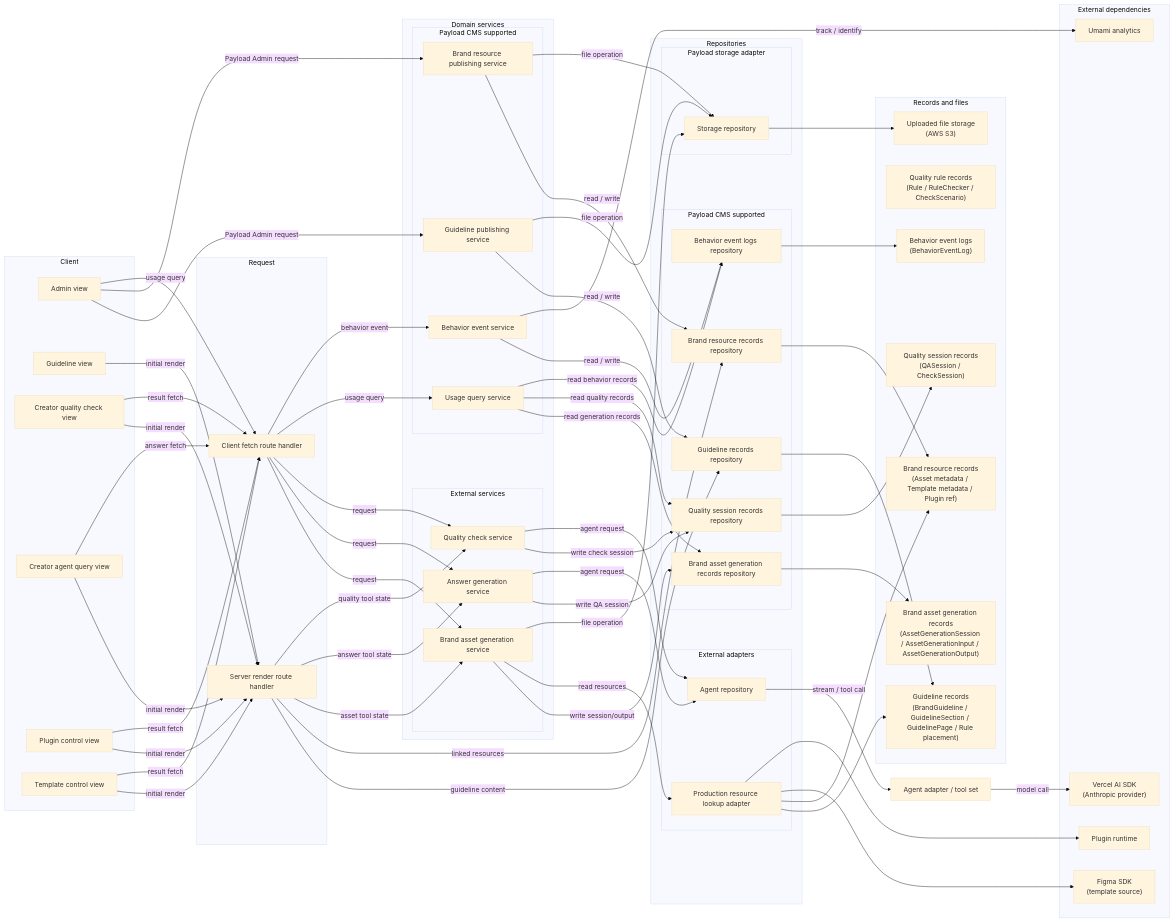
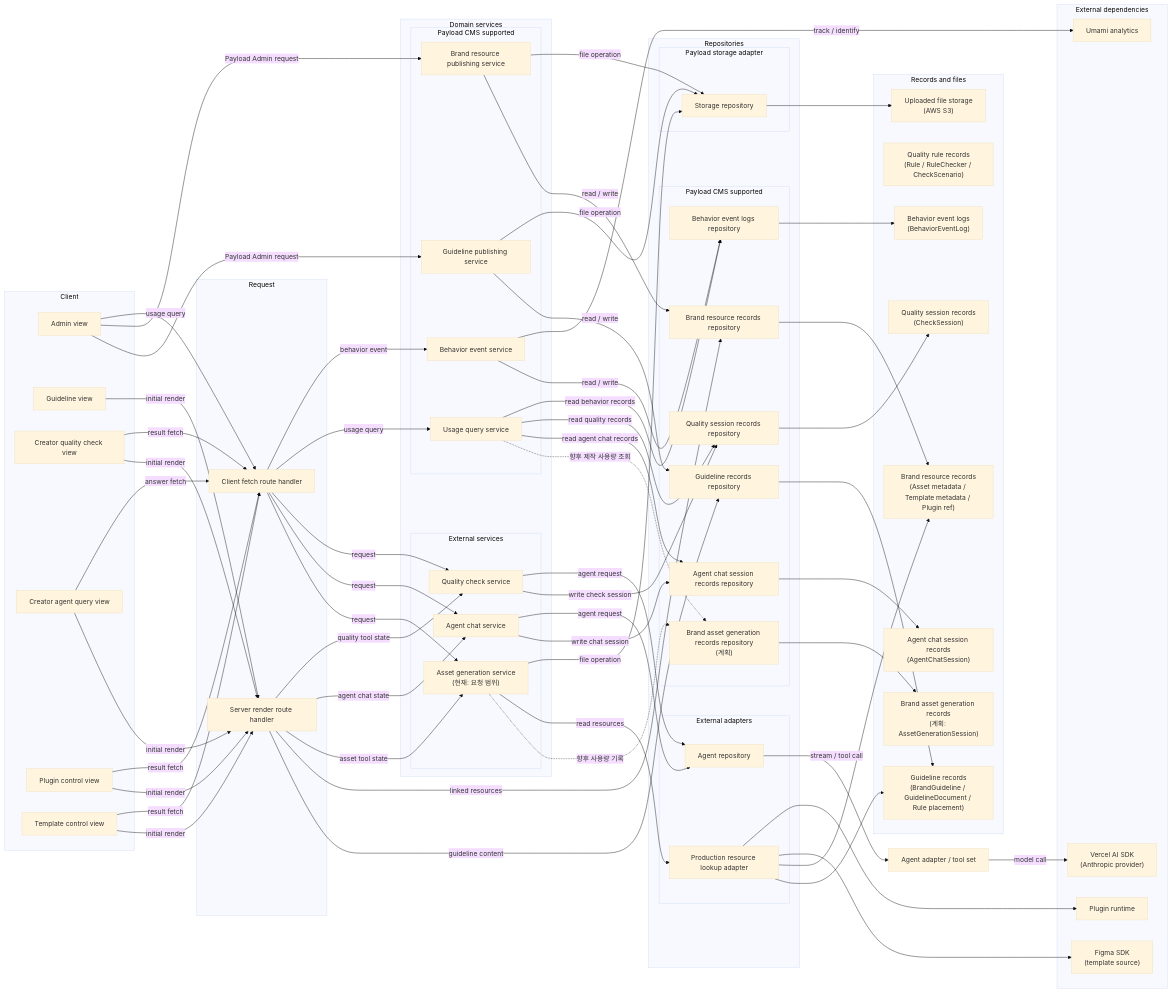
Before and after one commit to ewoooo/living-brand-system: the first of 8 diagrams in docs/05-system-architecture.md, drawn with Mermaid (base theme). The commit also changed other lines of this file and 6 other files, not shown here.

```diff
--- a/docs/05-system-architecture.md
+++ b/docs/05-system-architecture.md
@@ -126,8 +126,8 @@
     end
 
     subgraph ExternalServices["External services"]
-      BrandAssetGenerationModule["Brand asset generation service"]
-      AnswerGenerationModule["Answer generation service"]
+      BrandAssetGenerationModule["Asset generation service<br/>(현재: 요청 범위)"]
+      AgentChatModule["Agent chat service"]
       QualityModule["Quality check service"]
     end
   end
@@ -136,7 +136,8 @@
     subgraph PayloadRepositories["Payload CMS supported"]
       GuidelineRepository["Guideline records repository"]
       BrandResourceRepository["Brand resource records repository"]
-      BrandAssetGenerationRepository["Brand asset generation records repository"]
+      BrandAssetGenerationRepository["Brand asset generation records repository<br/>(계획)"]
+      AgentChatRepository["Agent chat session records repository"]
       QualityRepository["Quality session records repository"]
       BehaviorEventRepository["Behavior event logs repository"]
     end
@@ -154,11 +155,12 @@
   AgentAdapter["Agent adapter / tool set"]
 
   subgraph Storage["Records and files"]
-    GuidelineStore["Guideline records<br/>(BrandGuideline / GuidelineSection / GuidelinePage / Rule placement)"]
+    GuidelineStore["Guideline records<br/>(BrandGuideline / GuidelineDocument / Rule placement)"]
     QualityRuleStore["Quality rule records<br/>(Rule / RuleChecker / CheckScenario)"]
     BrandResourceStore["Brand resource records<br/>(Asset metadata / Template metadata / Plugin ref)"]
-    BrandAssetGenerationStore["Brand asset generation records<br/>(AssetGenerationSession / AssetGenerationInput / AssetGenerationOutput)"]
-    QualityStore["Quality session records<br/>(QASession / CheckSession)"]
+    BrandAssetGenerationStore["Brand asset generation records<br/>(계획: AssetGenerationSession)"]
+    AgentChatStore["Agent chat session records<br/>(AgentChatSession)"]
+    QualityStore["Quality session records<br/>(CheckSession)"]
     BehaviorEventStore["Behavior event logs<br/>(BehaviorEventLog)"]
     FileStorage["Uploaded file storage<br/>(AWS S3)"]
   end
@@ -186,20 +188,21 @@
   ServerRenderRouteHandler -->|"guideline content"| GuidelineRepository
   ServerRenderRouteHandler -->|"linked resources"| BrandResourceRepository
   ServerRenderRouteHandler -->|"asset tool state"| BrandAssetGenerationModule
-  ServerRenderRouteHandler -->|"answer tool state"| AnswerGenerationModule
+  ServerRenderRouteHandler -->|"agent chat state"| AgentChatModule
   ServerRenderRouteHandler -->|"quality tool state"| QualityModule
   ClientFetchRouteHandler -->|"request"| BrandAssetGenerationModule
-  ClientFetchRouteHandler -->|"request"| AnswerGenerationModule
+  ClientFetchRouteHandler -->|"request"| AgentChatModule
   ClientFetchRouteHandler -->|"request"| QualityModule
   GuidelinePublishingModule -->|"read / write"| GuidelineRepository
   BrandResourcePublishingModule -->|"read / write"| BrandResourceRepository
-  BrandAssetGenerationModule -->|"write session/output"| BrandAssetGenerationRepository
+  BrandAssetGenerationModule -.->|"향후 사용량 기록"| BrandAssetGenerationRepository
   BrandAssetGenerationModule -->|"read resources"| ProductionResourceRepository
-  AnswerGenerationModule -->|"write QA session"| QualityRepository
-  AnswerGenerationModule -->|"agent request"| AgentRepository
+  AgentChatModule -->|"write chat session"| AgentChatRepository
+  AgentChatModule -->|"agent request"| AgentRepository
   QualityModule -->|"write check session"| QualityRepository
   QualityModule -->|"agent request"| AgentRepository
-  UsageQueryModule -->|"read generation records"| BrandAssetGenerationRepository
+  UsageQueryModule -.->|"향후 제작 사용량 조회"| BrandAssetGenerationRepository
+  UsageQueryModule -->|"read agent chat records"| AgentChatRepository
   UsageQueryModule -->|"read quality records"| QualityRepository
   UsageQueryModule -->|"read behavior records"| BehaviorEventRepository
   BehaviorEventModule -->|"read / write"| BehaviorEventRepository
@@ -220,6 +223,7 @@
   GuidelineRepository --> GuidelineStore
   BrandResourceRepository --> BrandResourceStore
   BrandAssetGenerationRepository --> BrandAssetGenerationStore
+  AgentChatRepository --> AgentChatStore
   QualityRepository --> QualityStore
   BehaviorEventRepository --> BehaviorEventStore
   StorageRepository --> FileStorage
```
